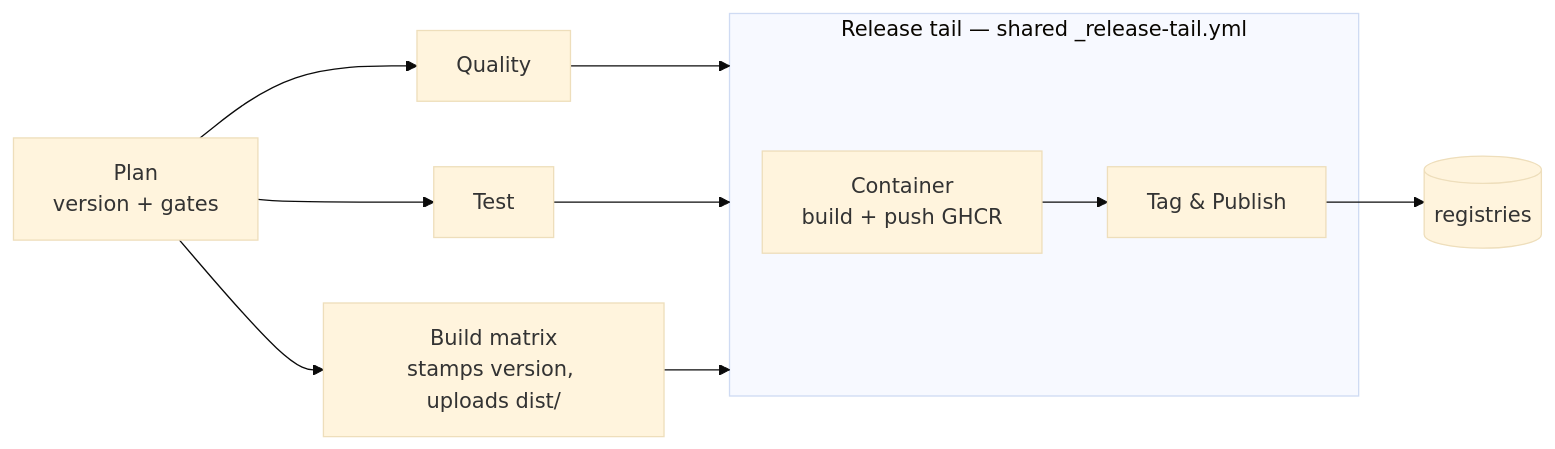
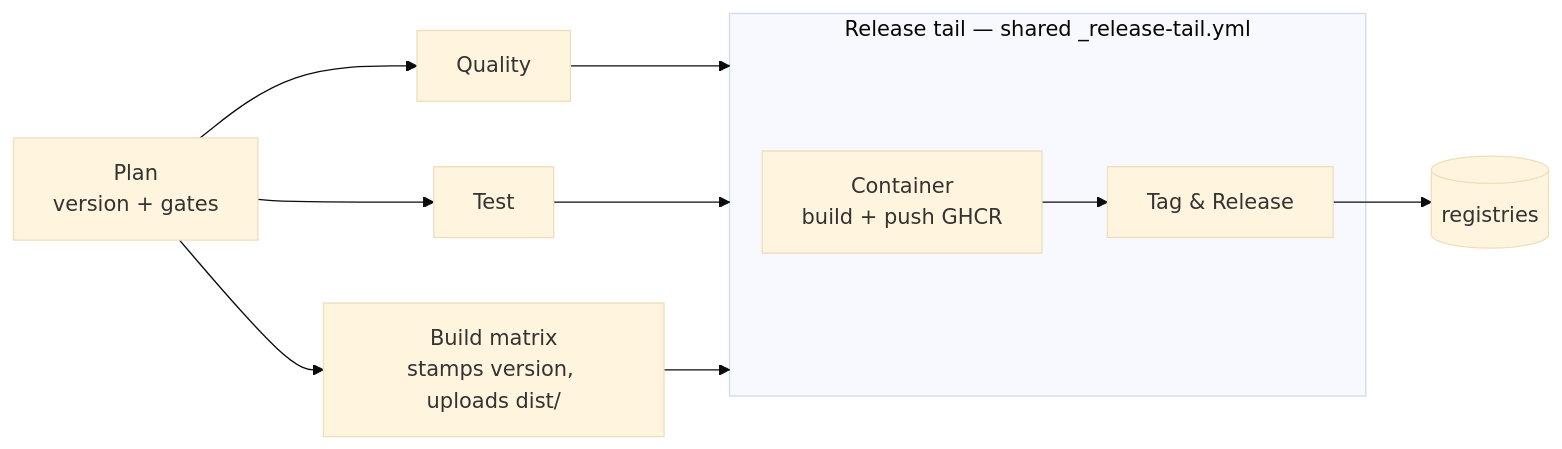
The second of 7 diagrams in docs/flow.md (hyperi-io/hyperi-ci), drawn with Mermaid (base theme) before and after one commit. The commit also changed other lines of this file and 11 other files, not shown here.

````diff
--- a/docs/flow.md
+++ b/docs/flow.md
@@ -31,13 +31,13 @@
 ```mermaid
 flowchart LR
     plan[Plan<br/>version + gates] --> quality[Quality]
     plan --> test[Test]
     plan --> build[Build matrix<br/>stamps version, uploads dist/]
     quality --> rt
     test --> rt
     build --> rt
     subgraph rt[Release tail — shared _release-tail.yml]
-      container[Container<br/>build + push GHCR] --> tagpub[Tag & Publish]
+      container[Container<br/>build + push GHCR] --> tagpub[Tag & Release]
     end
     tagpub --> reg[(registries)]
 ```
````
